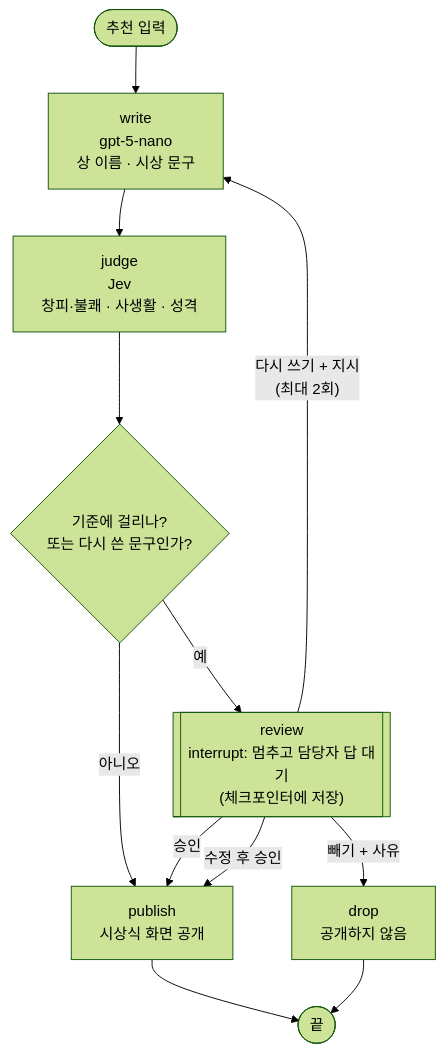
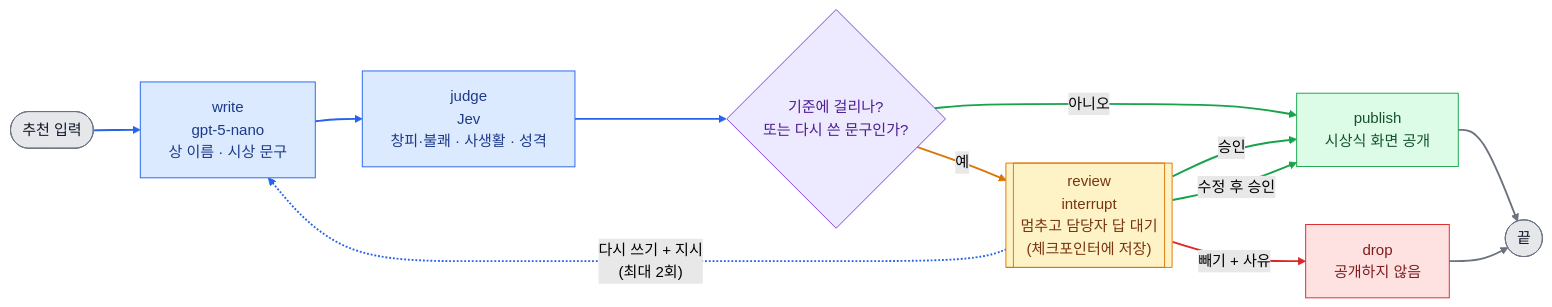
The diagram in REPORT.md (rome777/award-hitl), drawn with Mermaid (forest theme) before and after one commit.

Commit message:
REPORT 파이프라인 그림을 가로형으로 바꾸고 노드·엣지에 색 추가

````diff
--- a/REPORT.md
+++ b/REPORT.md
@@ -18,14 +18,34 @@
 ```mermaid
-flowchart TD
+flowchart LR
     S([추천 입력]) --> W["write<br/>gpt-5-nano<br/>상 이름 · 시상 문구"]
     W --> J["judge<br/>Jev<br/>창피·불쾌 · 사생활 · 성격"]
     J --> C{기준에 걸리나?<br/>또는 다시 쓴 문구인가?}
     C -- 아니오 --> P["publish<br/>시상식 화면 공개"]
-    C -- 예 --> R[["review<br/>interrupt: 멈추고 담당자 답 대기<br/>(체크포인터에 저장)"]]
+    C -- 예 --> R[["review<br/>interrupt<br/>멈추고 담당자 답 대기<br/>(체크포인터에 저장)"]]
     R -- 승인 --> P
     R -- 수정 후 승인 --> P
-    R -- 다시 쓰기 + 지시<br/>(최대 2회) --> W
+    R -. 다시 쓰기 + 지시<br/>(최대 2회) .-> W
     R -- 빼기 + 사유 --> D["drop<br/>공개하지 않음"]
     P --> E([끝])
     D --> E
+
+    classDef io fill:#e5e7eb,stroke:#6b7280,color:#111827
+    classDef ai fill:#dbeafe,stroke:#2563eb,color:#1e3a8a
+    classDef check fill:#ede9fe,stroke:#7c3aed,color:#4c1d95
+    classDef human fill:#fef3c7,stroke:#d97706,color:#78350f
+    classDef ok fill:#dcfce7,stroke:#16a34a,color:#14532d
+    classDef out fill:#fee2e2,stroke:#dc2626,color:#7f1d1d
+    class S,E io
+    class W,J ai
+    class C check
+    class R human
+    class P ok
+    class D out
+
+    linkStyle 0,1,2 stroke:#2563eb,stroke-width:2px
+    linkStyle 3,5,6 stroke:#16a34a,stroke-width:2px
+    linkStyle 4 stroke:#d97706,stroke-width:2px
+    linkStyle 7 stroke:#2563eb,stroke-width:2px
+    linkStyle 8 stroke:#dc2626,stroke-width:2px
+    linkStyle 9,10 stroke:#6b7280,stroke-width:2px
 ```
````
